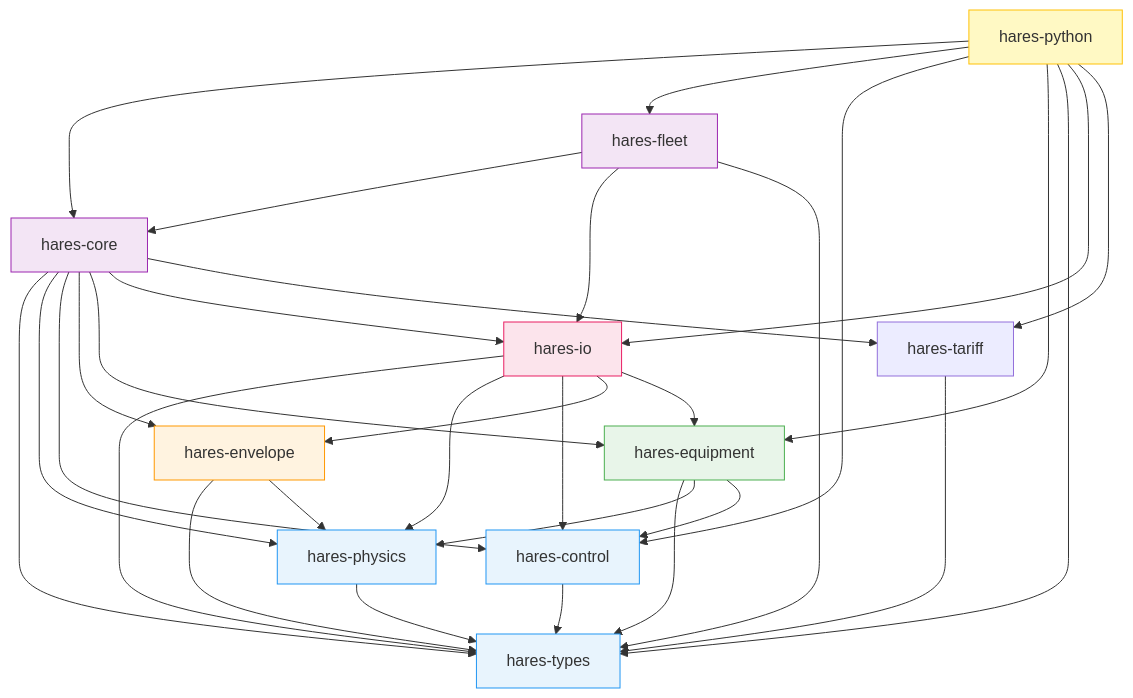
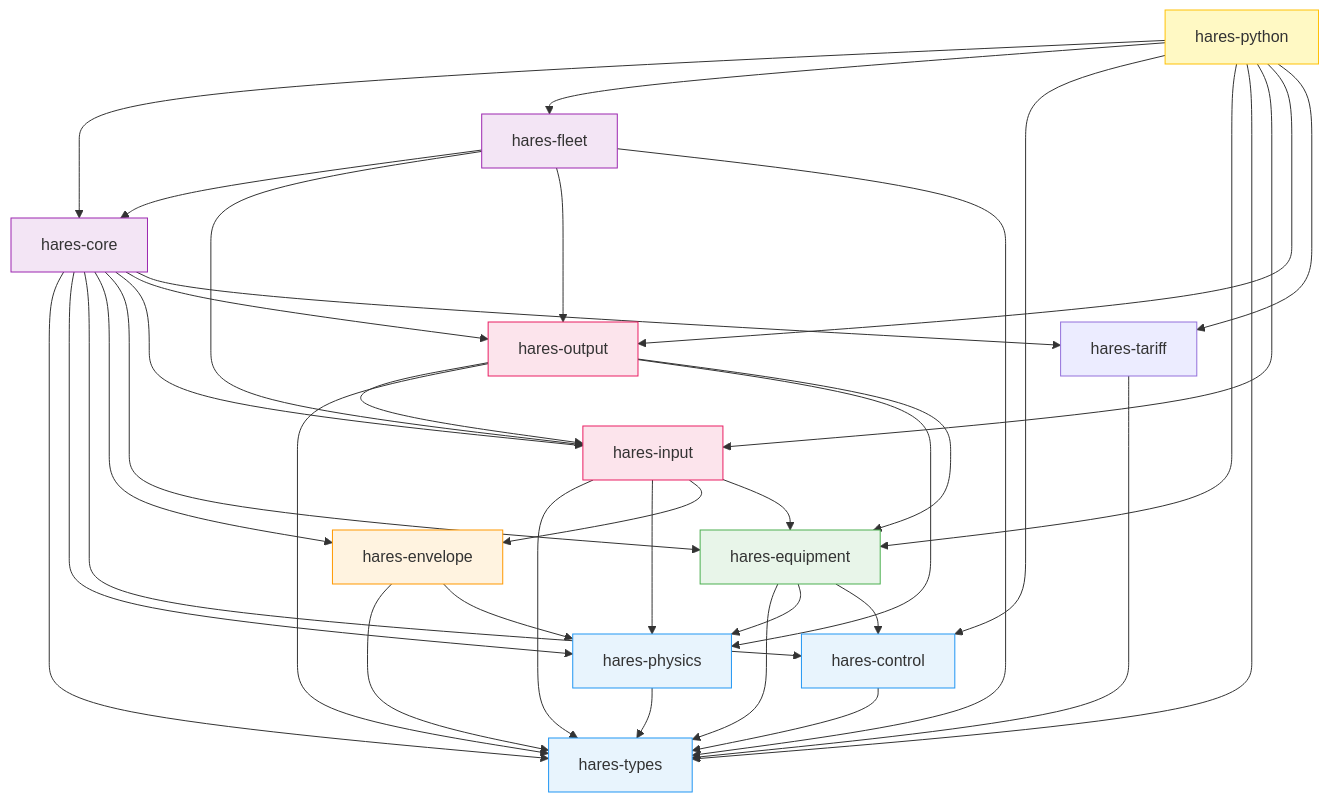
Before and after one commit to AZX-PBC-OSS/HARES: the first of 11 diagrams in docs/architecture.md, drawn with Mermaid. The commit also changed other lines of this file and 322 other files, not shown here.

````diff
--- a/docs/architecture.md
+++ b/docs/architecture.md
@@ -9,54 +9,62 @@
 ```mermaid
 graph TD
     types[hares-types]
     physics[hares-physics]
     control[hares-control]
     envelope[hares-envelope]
     equipment[hares-equipment]
-    io[hares-io]
+    input[hares-input]
+    output[hares-output]
     tariff[hares-tariff]
     core[hares-core]
     fleet[hares-fleet]
     python[hares-python]
 
     physics --> types
     control --> types
     envelope --> types
     envelope --> physics
     equipment --> types
     equipment --> physics
     equipment --> control
-    io --> types
-    io --> physics
-    io --> control
-    io --> envelope
-    io --> equipment
+    input --> types
+    input --> physics
+    input --> envelope
+    input --> equipment
+    output --> input
+    output --> types
+    output --> physics
+    output --> equipment
     tariff --> types
     core --> types
     core --> physics
     core --> control
     core --> envelope
     core --> equipment
-    core --> io
+    core --> input
+    core --> output
     core --> tariff
     fleet --> core
-    fleet --> io
+    fleet --> input
+    fleet --> output
     fleet --> types
     python --> core
     python --> fleet
     python --> control
     python --> equipment
     python --> types
-    python --> io
+    python --> input
+    python --> output
     python --> tariff
 
     style types fill:#e8f4fd,stroke:#2196F3
     style physics fill:#e8f4fd,stroke:#2196F3
     style control fill:#e8f4fd,stroke:#2196F3
     style envelope fill:#fff3e0,stroke:#FF9800
     style equipment fill:#e8f5e9,stroke:#4CAF50
-    style io fill:#fce4ec,stroke:#E91E63
+    style input fill:#fce4ec,stroke:#E91E63
+    style output fill:#fce4ec,stroke:#E91E63
     style core fill:#f3e5f5,stroke:#9C27B0
     style fleet fill:#f3e5f5,stroke:#9C27B0
     style python fill:#fff9c4,stroke:#FFC107
 ```
````
